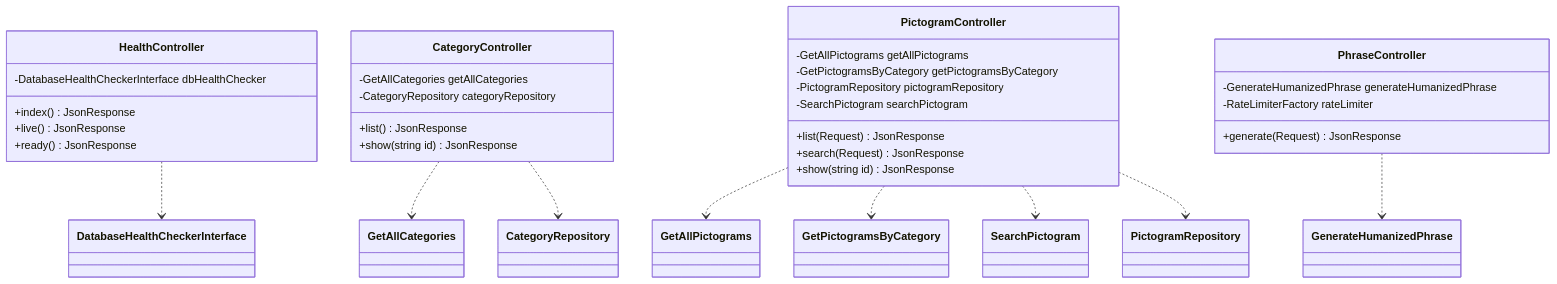
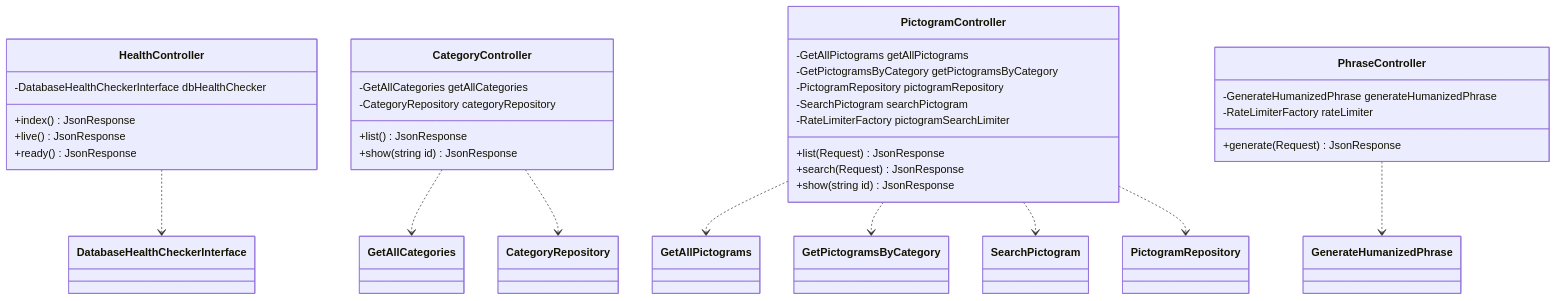
The second of 8 diagrams in docs/diagrams/infrastructure-layer.md (luismiglezmohino/HablaIA), drawn with Mermaid before and after one commit. The commit also changed other lines of this file and 9 other files, not shown here.

````diff
--- a/docs/diagrams/infrastructure-layer.md
+++ b/docs/diagrams/infrastructure-layer.md
@@ -146,43 +146,44 @@
 ```mermaid
 classDiagram
     direction TB
 
     class HealthController {
         -DatabaseHealthCheckerInterface dbHealthChecker
         +index() JsonResponse
         +live() JsonResponse
         +ready() JsonResponse
     }
 
     class CategoryController {
         -GetAllCategories getAllCategories
         -CategoryRepository categoryRepository
         +list() JsonResponse
         +show(string id) JsonResponse
     }
 
     class PictogramController {
         -GetAllPictograms getAllPictograms
         -GetPictogramsByCategory getPictogramsByCategory
         -PictogramRepository pictogramRepository
         -SearchPictogram searchPictogram
+        -RateLimiterFactory pictogramSearchLimiter
         +list(Request) JsonResponse
         +search(Request) JsonResponse
         +show(string id) JsonResponse
     }
 
     class PhraseController {
         -GenerateHumanizedPhrase generateHumanizedPhrase
         -RateLimiterFactory rateLimiter
         +generate(Request) JsonResponse
     }
 
     HealthController ..> DatabaseHealthCheckerInterface
     CategoryController ..> GetAllCategories
     CategoryController ..> CategoryRepository
     PictogramController ..> GetAllPictograms
     PictogramController ..> GetPictogramsByCategory
     PictogramController ..> SearchPictogram
     PictogramController ..> PictogramRepository
     PhraseController ..> GenerateHumanizedPhrase
 ```
````
